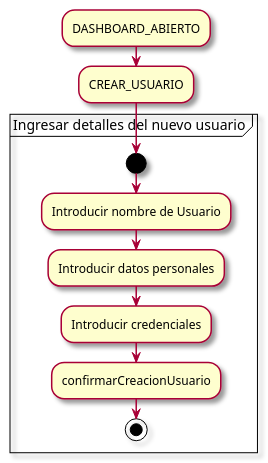
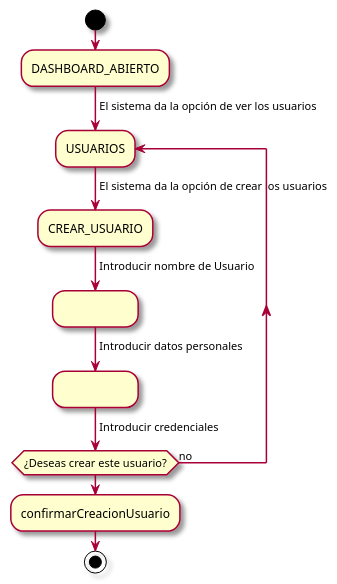
One commit to mmasias/23-24-IdSw1-SDR changed the diagram in modelosUML/casosDeUso/detalles/crearUsuario.puml. Above: the diagram before and after it, drawn with PlantUML. The commit also changed 2 other files, not shown here.

Commit message:
Modificacion caso de uso Crear Usuario

```diff
--- a/modelosUML/casosDeUso/detalles/crearUsuario.puml
+++ b/modelosUML/casosDeUso/detalles/crearUsuario.puml
@@ -1,16 +1,21 @@
 @startuml
 skin rose
 
+  start
 :DASHBOARD_ABIERTO;
+-> El sistema da la opción de ver los usuarios;
+repeat :USUARIOS
+-> El sistema da la opción de crear los usuarios;
 :CREAR_USUARIO;
-
-partition "Ingresar detalles del nuevo usuario" {
-  start
-  :Introducir nombre de Usuario;
-  :Introducir datos personales;
-  :Introducir credenciales;
+-> Ingresar detalles del nuevo usuario
+  :                     ;
+  ->Introducir nombre de Usuario;
+  :                     ;
+  ->Introducir datos personales;
+  :                     ;
+  ->Introducir credenciales;
+repeat while (¿Deseas crear este usuario?) is (no)
   :confirmarCreacionUsuario;
   stop
-}
 
 @enduml
```
